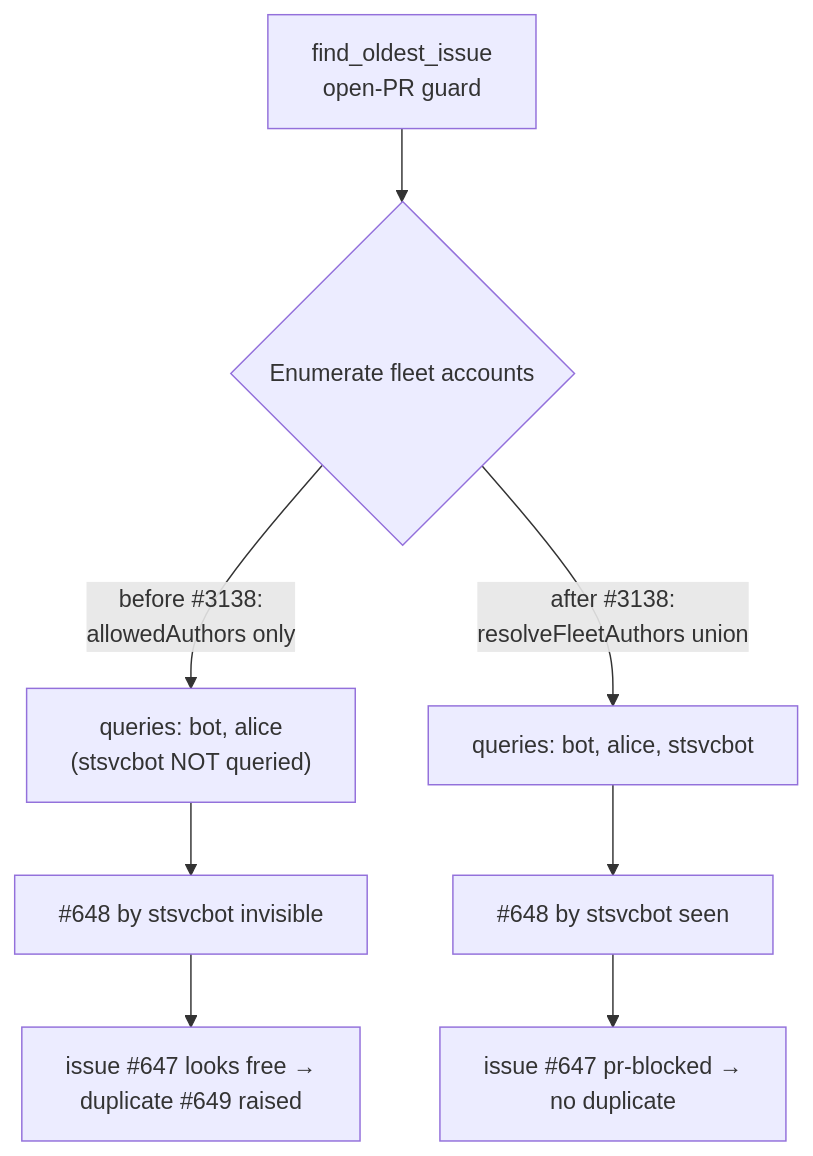
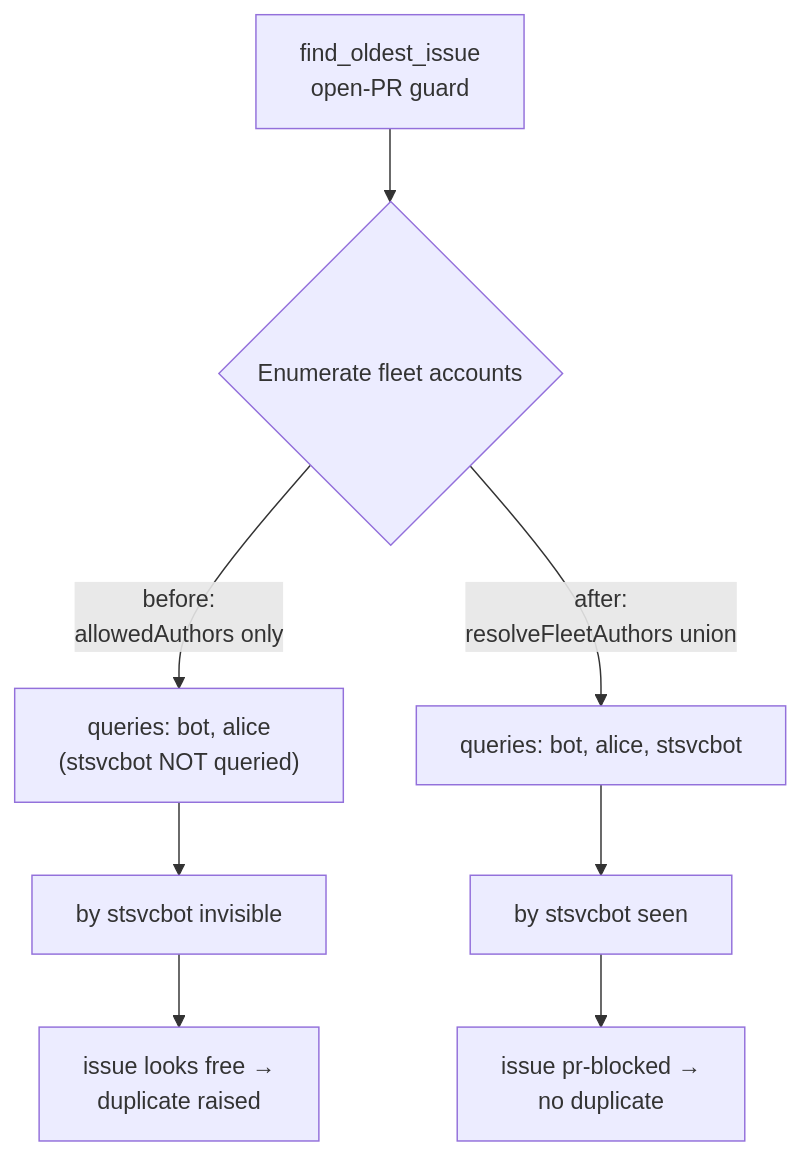
Before and after one commit to stSoftwareAU/VibeCoder: the first of 2 diagrams in docs/DUPLICATE-PR-ROOT-CAUSE-3138.md, drawn with Mermaid. The commit also changed other lines of this file and 291 other files, not shown here.

````diff
--- a/docs/DUPLICATE-PR-ROOT-CAUSE-3138.md
+++ b/docs/DUPLICATE-PR-ROOT-CAUSE-3138.md
@@ -64,10 +64,10 @@
 ```mermaid
 flowchart TD
     A["find_oldest_issue<br/>open-PR guard"] --> B{"Enumerate fleet accounts"}
-    B -->|"before #3138:<br/>allowedAuthors only"| C["queries: bot, alice<br/>(stsvcbot NOT queried)"]
-    C --> D["#648 by stsvcbot invisible"]
-    D --> E["issue #647 looks free →<br/>duplicate #649 raised"]
-    B -->|"after #3138:<br/>resolveFleetAuthors union"| F["queries: bot, alice, stsvcbot"]
-    F --> G["#648 by stsvcbot seen"]
-    G --> H["issue #647 pr-blocked →<br/>no duplicate"]
+    B -->|"before:<br/>allowedAuthors only"| C["queries: bot, alice<br/>(stsvcbot NOT queried)"]
+    C --> D[" by stsvcbot invisible"]
+    D --> E["issue looks free →<br/>duplicate raised"]
+    B -->|"after:<br/>resolveFleetAuthors union"| F["queries: bot, alice, stsvcbot"]
+    F --> G[" by stsvcbot seen"]
+    G --> H["issue pr-blocked →<br/>no duplicate"]
 ```
````
